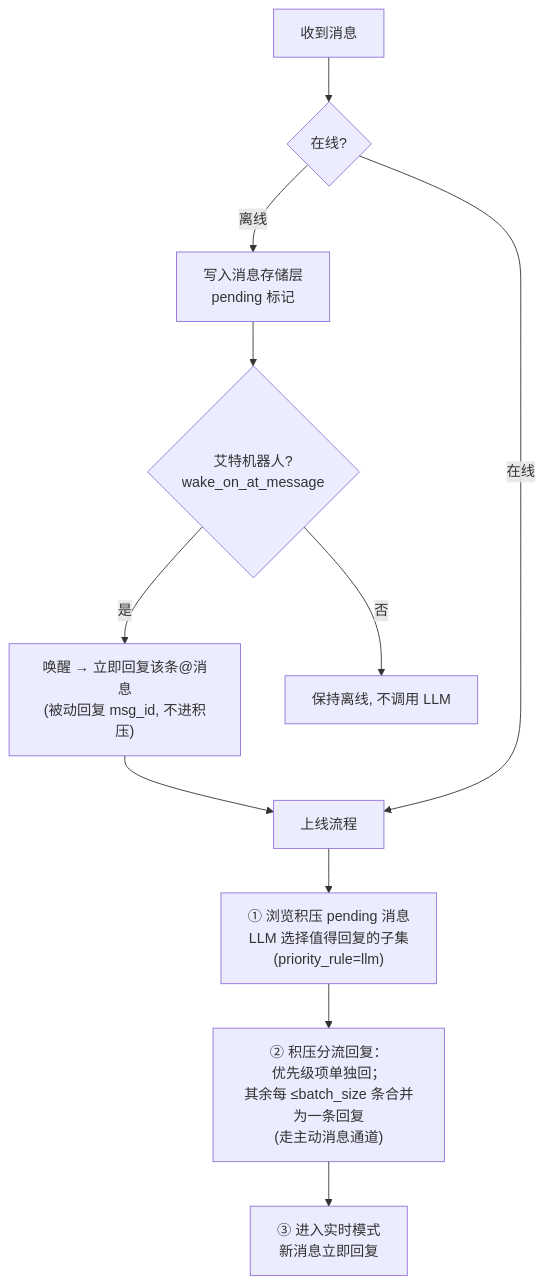
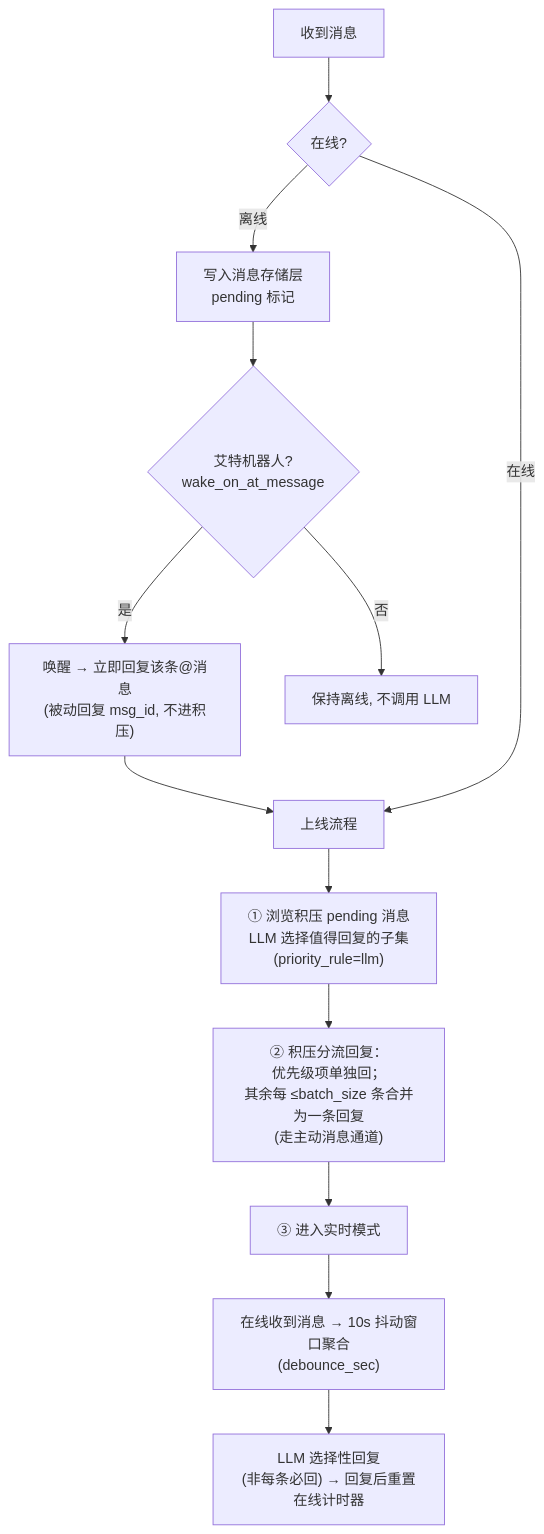
One commit to Gove2004/GGBot changed the fourth of 5 diagrams in docs/实施方案.md. Above: the diagram before and after it, drawn with Mermaid. The commit also changed other lines of this file and 1 other file, not shown here.

Commit message:
docs: online reply debounce window (10s, selective reply) + media attachments land in Temp/

````diff
--- a/docs/实施方案.md
+++ b/docs/实施方案.md
@@ -161,13 +163,15 @@
 ```mermaid
 flowchart TD
     A[收到消息] --> B{在线?}
     B -->|离线| C[写入消息存储层<br/>pending 标记]
     C --> D{艾特机器人?<br/>wake_on_at_message}
     D -->|是| E["唤醒 → 立即回复该条@消息<br/>(被动回复 msg_id, 不进积压)"]
     D -->|否| F[保持离线, 不调用 LLM]
     E --> G[上线流程]
     B -->|在线| G
     G --> H["① 浏览积压 pending 消息<br/>LLM 选择值得回复的子集<br/>(priority_rule=llm)"]
     H --> I["② 积压分流回复：<br/>优先级项单独回；<br/>其余每 ≤batch_size 条合并为一条回复<br/>(走主动消息通道)"]
-    I --> J[③ 进入实时模式<br/>新消息立即回复]
+    I --> J["③ 进入实时模式"]
+    J --> K["在线收到消息 → 10s 抖动窗口聚合<br/>(debounce_sec)"]
+    K --> L["LLM 选择性回复<br/>(非每条必回) → 回复后重置在线计时器"]
 ```
````
